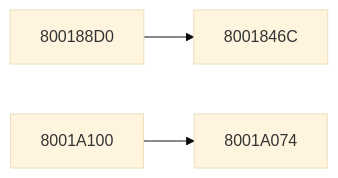
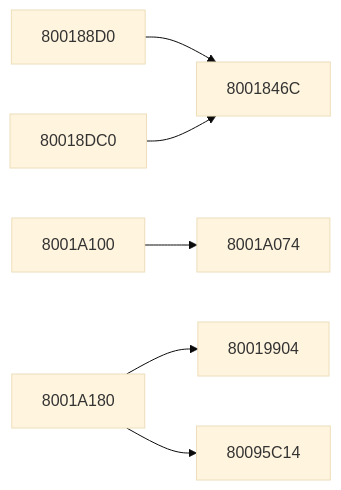
The tenth of 11 diagrams in docs/FUNCTION_MAP.md (kai-luni/Future-Cop-L.A.P.D-PS1), drawn with Mermaid (base theme) before and after one commit. The commit also changed other lines of this file, not shown here.

````diff
--- a/docs/FUNCTION_MAP.md
+++ b/docs/FUNCTION_MAP.md
@@ -748,9 +1034,16 @@
 ```mermaid
 graph LR
     f800188d0 --> f8001846c
+    f80018dc0 --> f8001846c
     f8001a100 --> f8001a074
+    f8001a180 --> f80019904
+    f8001a180 --> f80095c14
     f8001846c["8001846C"]
     f800188d0["800188D0"]
+    f80018dc0["80018DC0"]
+    f80019904["80019904"]
     f8001a074["8001A074"]
     f8001a100["8001A100"]
+    f8001a180["8001A180"]
+    f80095c14["80095C14"]
 ```
````
